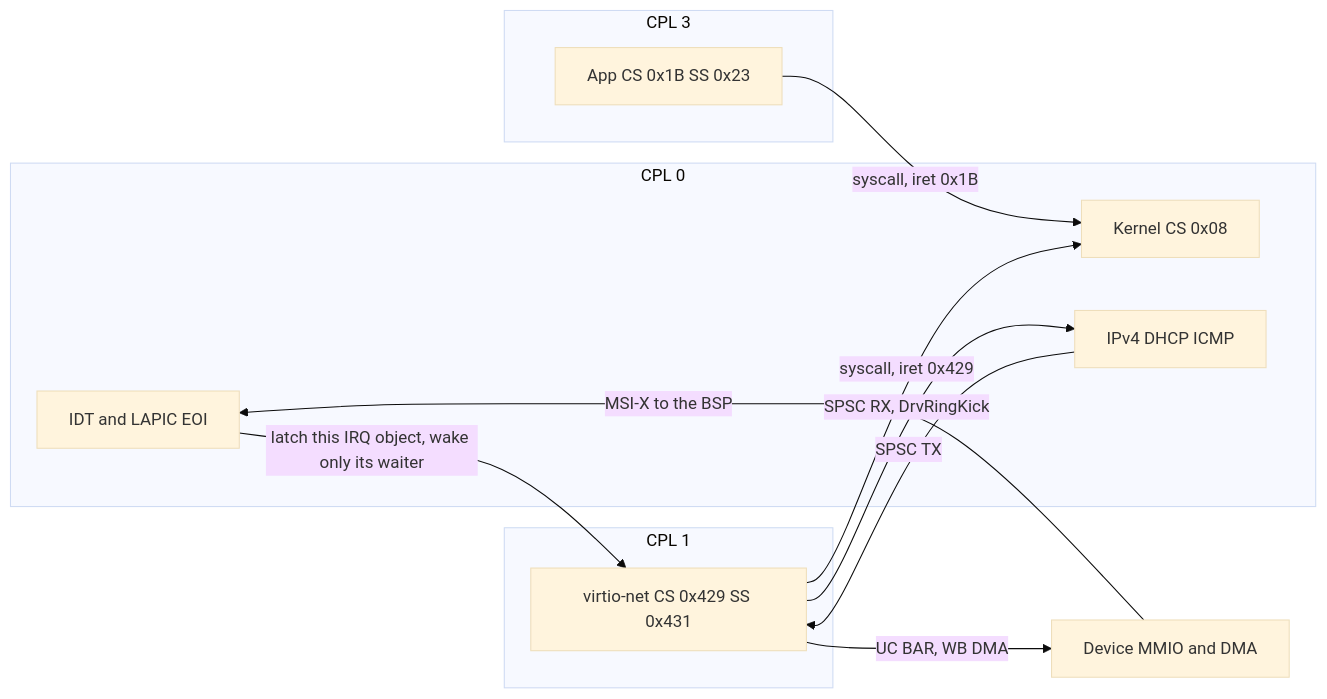
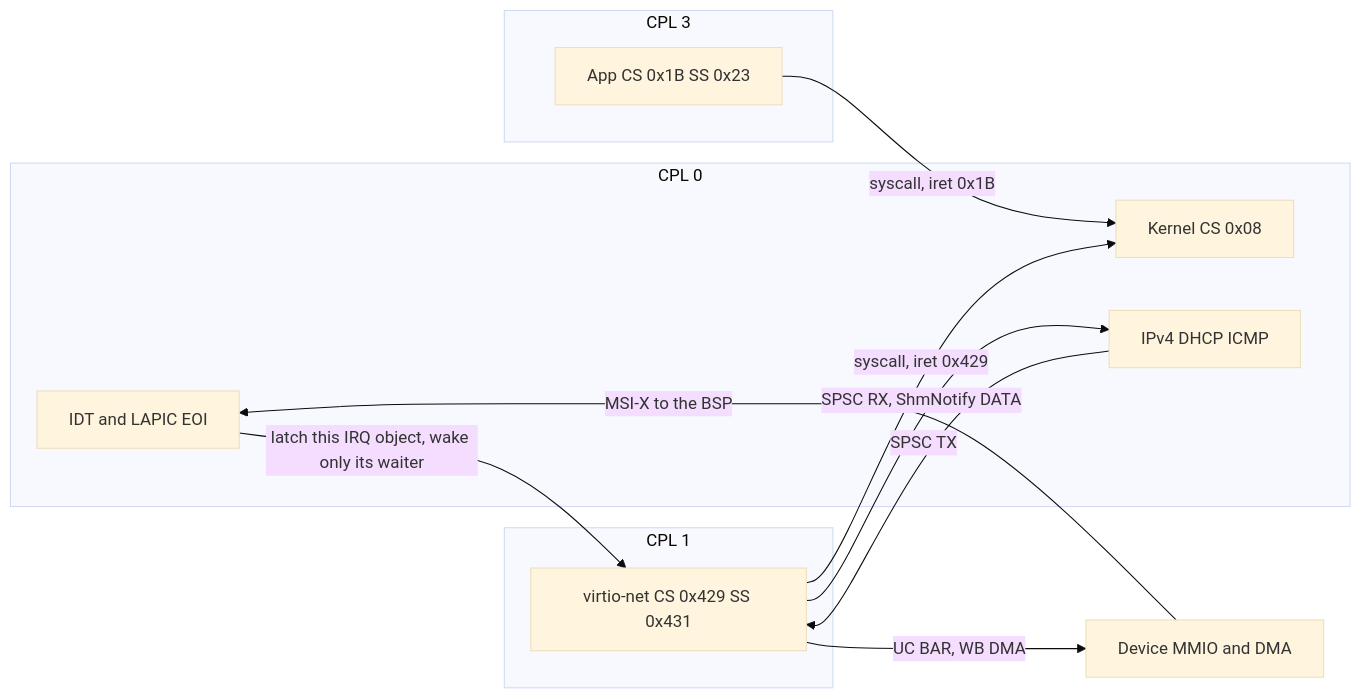
Before and after one commit to ritz-lang/rz: the first of 2 diagrams in projects/harland/docs/RING1_DRIVER.md, drawn with Mermaid (base theme). The commit also changed other lines of this file and 4 other files, not shown here.

````diff
--- a/projects/harland/docs/RING1_DRIVER.md
+++ b/projects/harland/docs/RING1_DRIVER.md
@@ -93,23 +93,23 @@
 ```mermaid
 flowchart LR
   subgraph r3 [CPL 3]
     app["App CS 0x1B SS 0x23"]
   end
   subgraph r0 [CPL 0]
     kern["Kernel CS 0x08"]
     idt["IDT and LAPIC EOI"]
     stack["IPv4 DHCP ICMP"]
   end
   subgraph r1 [CPL 1]
     drv["virtio-net CS 0x429 SS 0x431"]
   end
   dev["Device MMIO and DMA"]
 
   app -->|"syscall, iret 0x1B"| kern
   drv -->|"syscall, iret 0x429"| kern
   dev -->|"MSI-X to the BSP"| idt
   idt -->|"latch this IRQ object, wake only its waiter"| drv
   drv -->|"UC BAR, WB DMA"| dev
-  drv -->|"SPSC RX, DrvRingKick"| stack
+  drv -->|"SPSC RX, ShmNotify DATA"| stack
   stack -->|"SPSC TX"| drv
 ```
````
